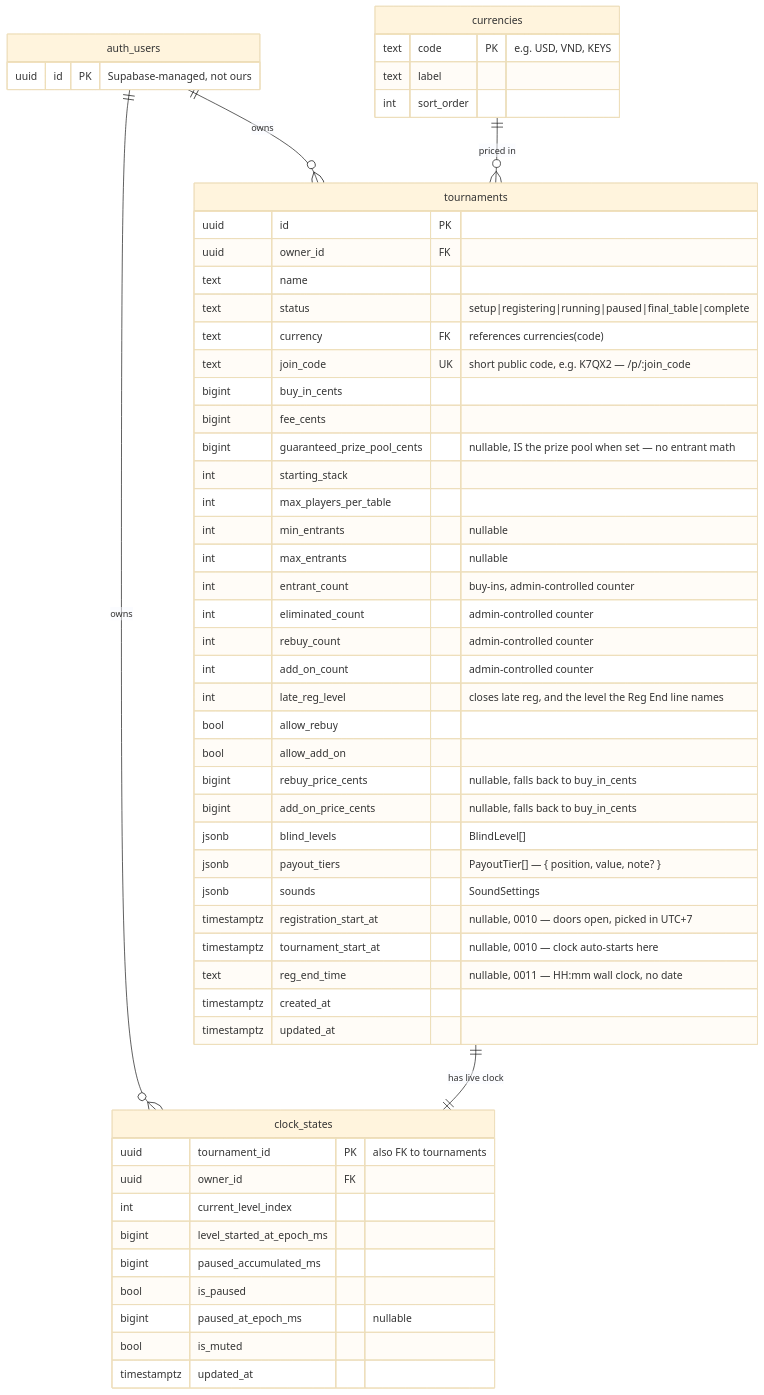
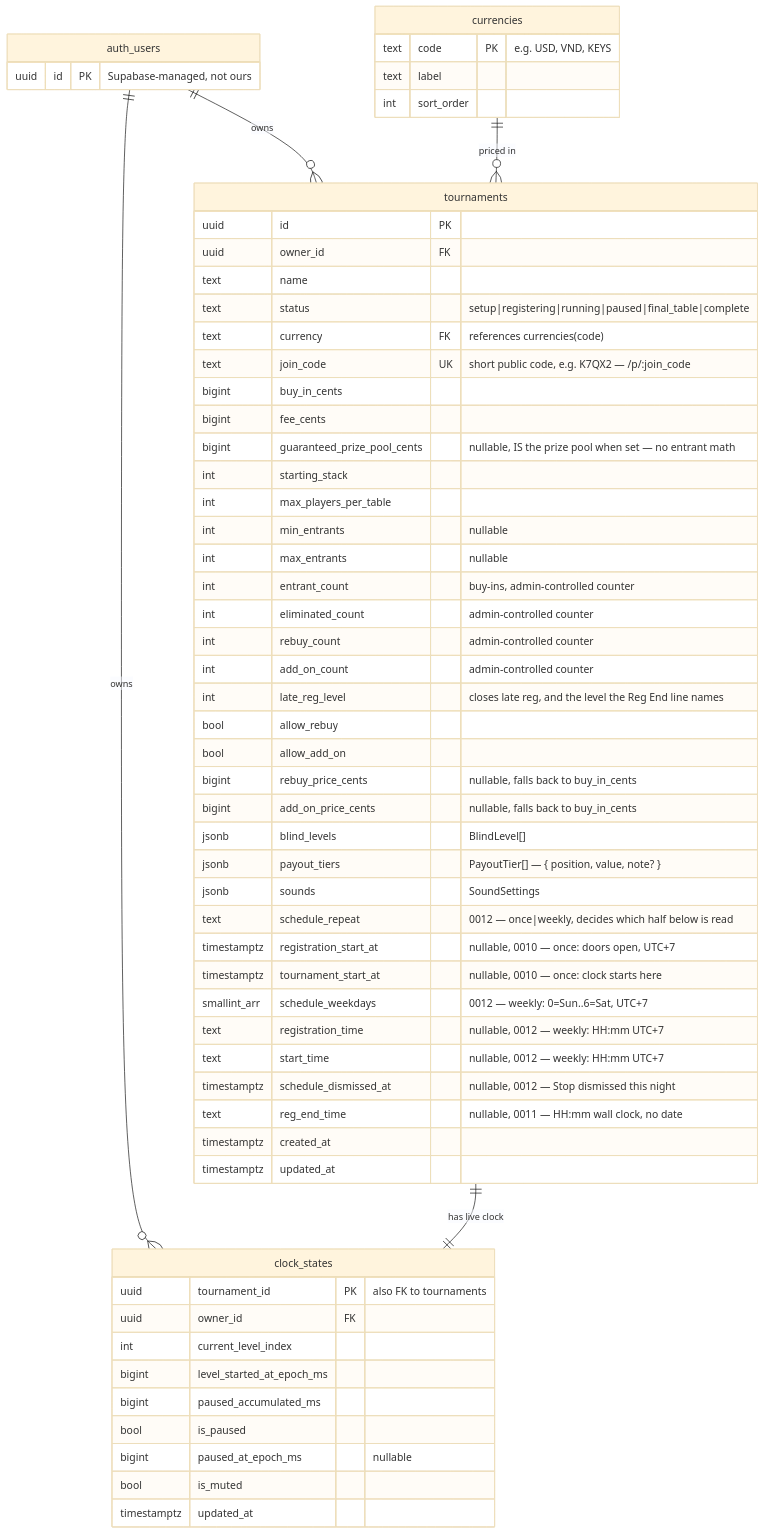
The diagram in supabase/SCHEMA.md (gaubacuc56/poker-clock), drawn with Mermaid (base theme) before and after one commit. The commit also changed other lines of this file and 22 other files, not shown here.

````diff
--- a/supabase/SCHEMA.md
+++ b/supabase/SCHEMA.md
@@ -5,62 +5,67 @@
 ```mermaid
 erDiagram
     auth_users ||--o{ tournaments  : owns
     auth_users ||--o{ clock_states : owns
     tournaments ||--|| clock_states : "has live clock"
     currencies  ||--o{ tournaments : "priced in"
 
     auth_users {
         uuid id PK "Supabase-managed, not ours"
     }
 
     currencies {
         text code PK "e.g. USD, VND, KEYS"
         text label
         int sort_order
     }
 
     tournaments {
         uuid id PK
         uuid owner_id FK
         text name
         text status "setup|registering|running|paused|final_table|complete"
         text currency FK "references currencies(code)"
         text join_code UK "short public code, e.g. K7QX2 — /p/:join_code"
         bigint buy_in_cents
         bigint fee_cents
         bigint guaranteed_prize_pool_cents "nullable, IS the prize pool when set — no entrant math"
         int starting_stack
         int max_players_per_table
         int min_entrants "nullable"
         int max_entrants "nullable"
         int entrant_count "buy-ins, admin-controlled counter"
         int eliminated_count "admin-controlled counter"
         int rebuy_count "admin-controlled counter"
         int add_on_count "admin-controlled counter"
         int late_reg_level "closes late reg, and the level the Reg End line names"
         bool allow_rebuy
         bool allow_add_on
         bigint rebuy_price_cents "nullable, falls back to buy_in_cents"
         bigint add_on_price_cents "nullable, falls back to buy_in_cents"
         jsonb blind_levels "BlindLevel[]"
         jsonb payout_tiers "PayoutTier[] — { position, value, note? }"
         jsonb sounds "SoundSettings"
-        timestamptz registration_start_at "nullable, 0010 — doors open, picked in UTC+7"
-        timestamptz tournament_start_at "nullable, 0010 — clock auto-starts here"
+        text schedule_repeat "0012 — once|weekly, decides which half below is read"
+        timestamptz registration_start_at "nullable, 0010 — once: doors open, UTC+7"
+        timestamptz tournament_start_at "nullable, 0010 — once: clock starts here"
+        smallint_arr schedule_weekdays "0012 — weekly: 0=Sun..6=Sat, UTC+7"
+        text registration_time "nullable, 0012 — weekly: HH:mm UTC+7"
+        text start_time "nullable, 0012 — weekly: HH:mm UTC+7"
+        timestamptz schedule_dismissed_at "nullable, 0012 — Stop dismissed this night"
         text reg_end_time "nullable, 0011 — HH:mm wall clock, no date"
         timestamptz created_at
         timestamptz updated_at
     }
 
     clock_states {
         uuid tournament_id PK "also FK to tournaments"
         uuid owner_id FK
         int current_level_index
         bigint level_started_at_epoch_ms
         bigint paused_accumulated_ms
         bool is_paused
         bigint paused_at_epoch_ms "nullable"
         bool is_muted
         timestamptz updated_at
     }
 ```
````
